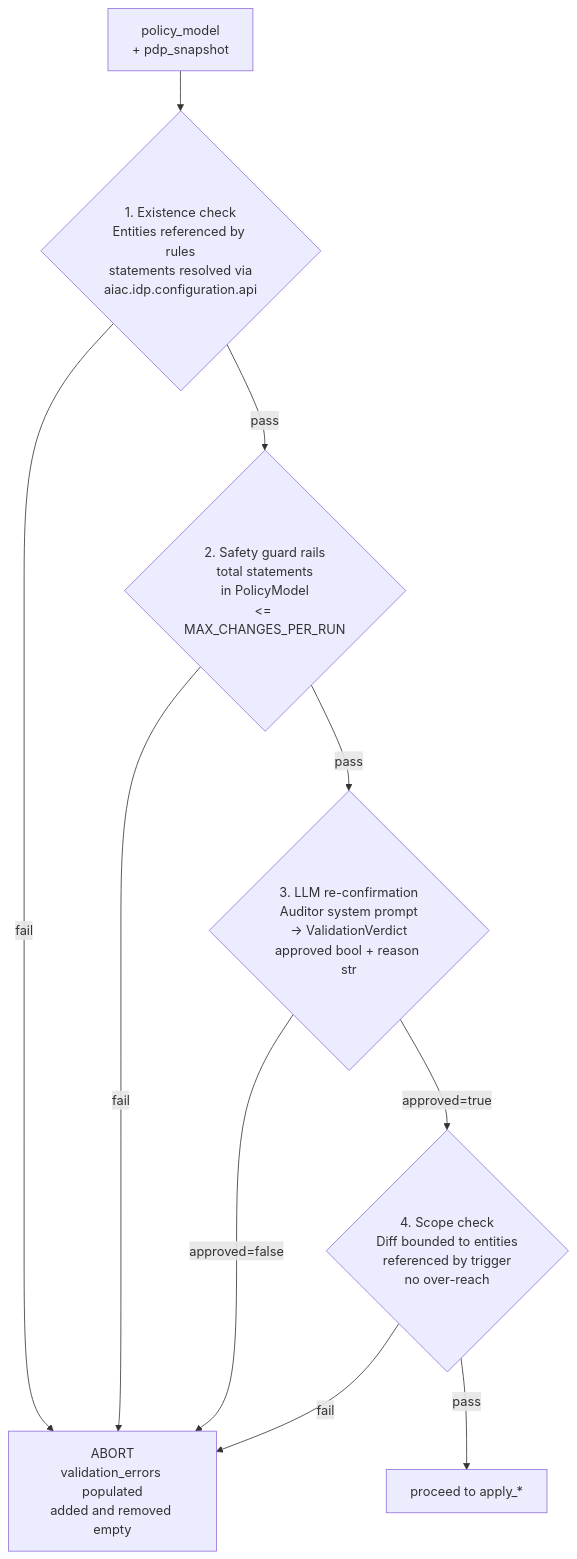
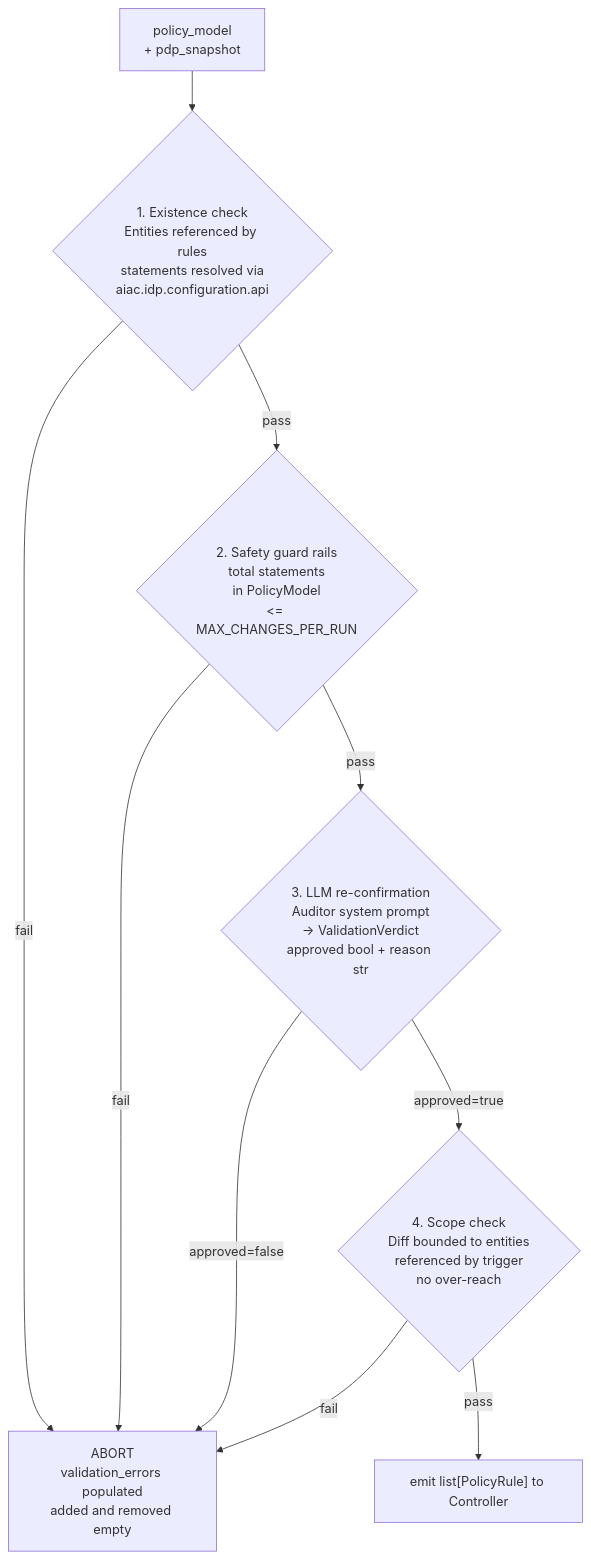
Before and after one commit to rossoctl/aiac: the third of 3 diagrams in inception/requirements/components/aiac-agent.md, drawn with Mermaid. The commit also changed other lines of this file, not shown here.

First line of the commit message:
docs(aiac-agent): align PRD with Policy Rules Builder architecture

````diff
--- a/inception/requirements/components/aiac-agent.md
+++ b/inception/requirements/components/aiac-agent.md
@@ -270,20 +232,20 @@
 ```mermaid
 flowchart TD
     IN["policy_model\n+ pdp_snapshot"] --> C1
 
     C1{"1. Existence check\nEntities referenced by rules\nstatements resolved via\naiac.idp.configuration.api"}
     C1 -->|"fail"| ABORT["ABORT\nvalidation_errors populated\nadded and removed empty"]
     C1 -->|"pass"| C2
 
     C2{"2. Safety guard rails\ntotal statements\nin PolicyModel\n<= MAX_CHANGES_PER_RUN"}
     C2 -->|"fail"| ABORT
     C2 -->|"pass"| C3
 
     C3{"3. LLM re-confirmation\nAuditor system prompt\n-> ValidationVerdict\napproved bool + reason str"}
     C3 -->|"approved=false"| ABORT
     C3 -->|"approved=true"| C4
 
     C4{"4. Scope check\nDiff bounded to entities\nreferenced by trigger\nno over-reach"}
     C4 -->|"fail"| ABORT
-    C4 -->|"pass"| APPLY["proceed to apply_*"]
+    C4 -->|"pass"| EMIT["emit list[PolicyRule] to Controller"]
 ```
````
